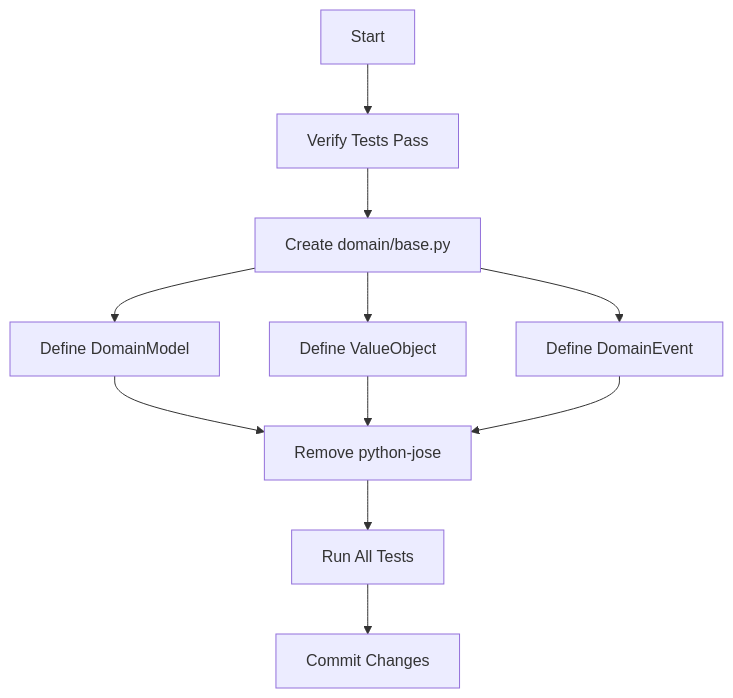
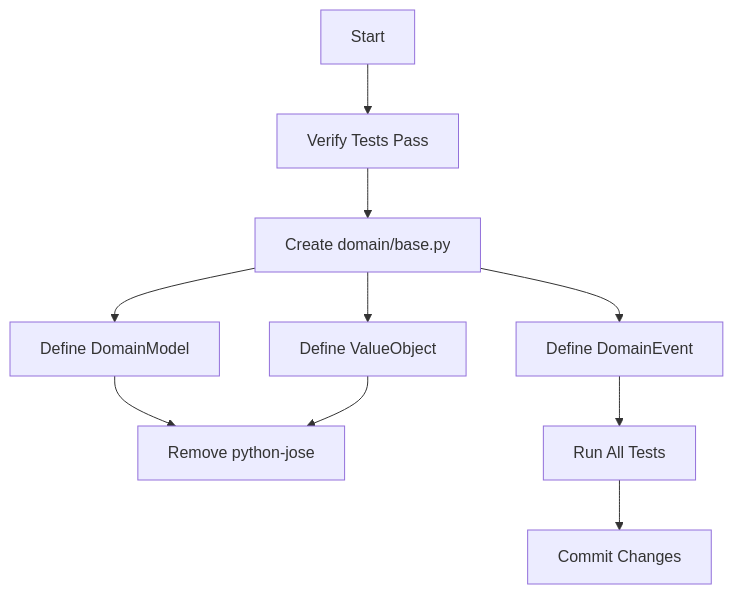
Before and after one commit to rap77/prosell-sass: the diagram in PRPs/refactor/fase-1-foundation.md, drawn with Mermaid. The commit also changed other lines of this file, not shown here.

````diff
--- a/PRPs/refactor/fase-1-foundation.md
+++ b/PRPs/refactor/fase-1-foundation.md
@@ -104,13 +91,12 @@
 ```mermaid
 flowchart TD
     A[Start] --> B[Verify Tests Pass]
     B --> C[Create domain/base.py]
     C --> D[Define DomainModel]
     C --> E[Define ValueObject]
     C --> F[Define DomainEvent]
     D --> G[Remove python-jose]
     E --> G
-    F --> G
-    G --> H[Run All Tests]
+    F --> H[Run All Tests]
     H --> I[Commit Changes]
 ```
````
